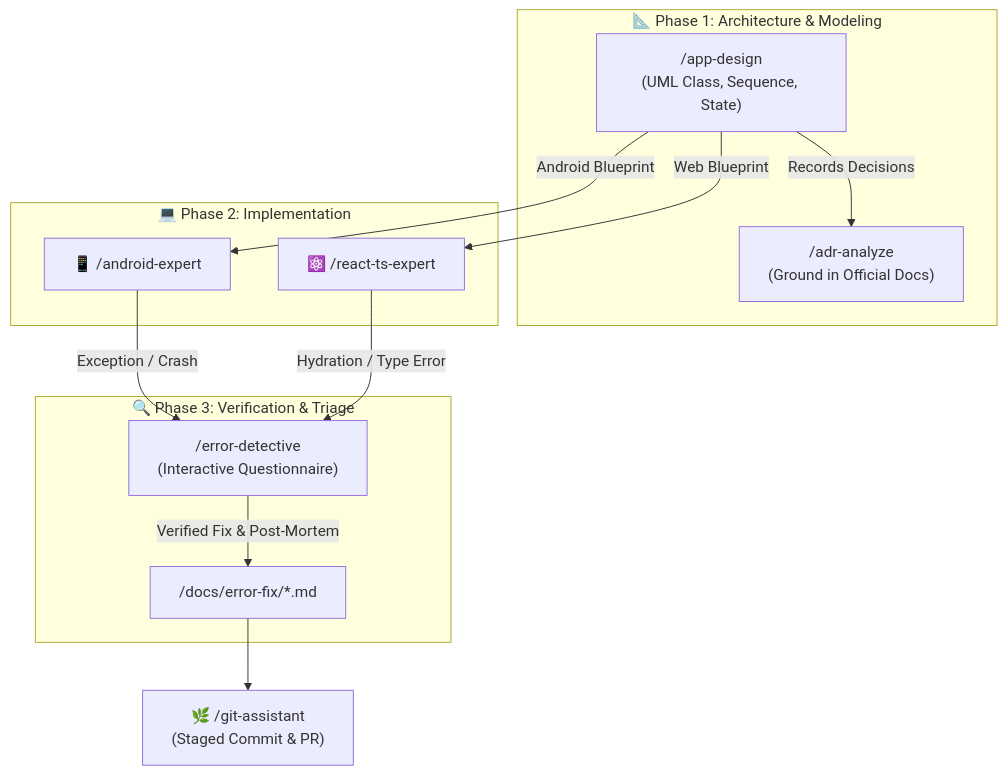
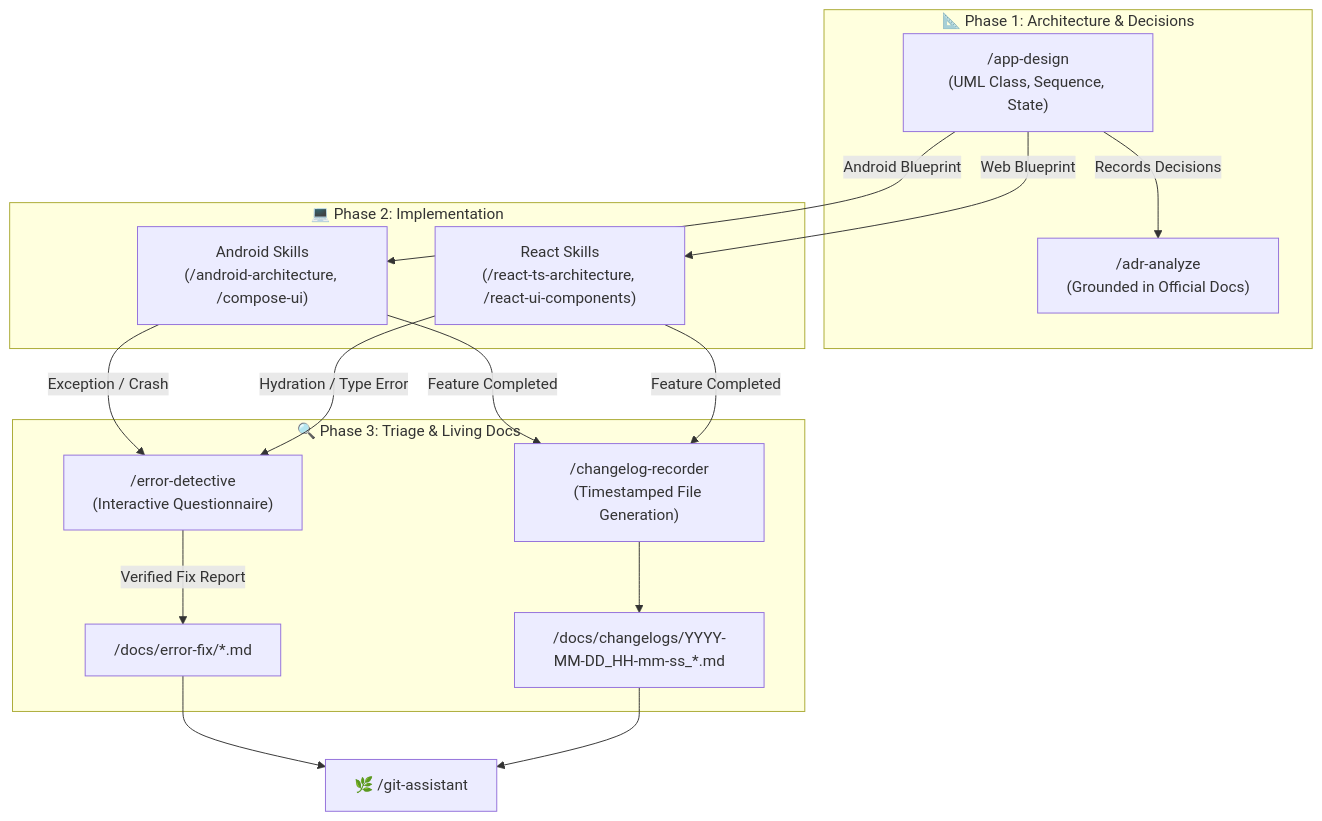
Before and after one commit to RidhwanAF/AI-Agent-Skills: the diagram in diagnostic-skills/README.md, drawn with Mermaid. The commit also changed other lines of this file and 21 other files, not shown here.

Commit message:
feat(modular): decompose Android and React skills, add Windows support, changelog recorder, and KMP pure domain standards

````diff
--- a/diagnostic-skills/README.md
+++ b/diagnostic-skills/README.md
@@ -31,24 +32,29 @@
 ```mermaid
 flowchart TD
-    subgraph DesignPhase ["📐 Phase 1: Architecture & Modeling"]
+    subgraph DesignPhase ["📐 Phase 1: Architecture & Decisions"]
         AD["/app-design<br/>(UML Class, Sequence, State)"]
-        ADR["/adr-analyze<br/>(Ground in Official Docs)"]
+        ADR["/adr-analyze<br/>(Grounded in Official Docs)"]
         AD -->|Records Decisions| ADR
     end
 
     subgraph BuildPhase ["💻 Phase 2: Implementation"]
-        AE["📱 /android-expert"]
-        RE["⚛️ /react-ts-expert"]
-        AD -->|Android Blueprint| AE
-        AD -->|Web Blueprint| RE
+        Android["Android Skills<br/>(/android-architecture, /compose-ui)"]
+        Web["React Skills<br/>(/react-ts-architecture, /react-ui-components)"]
+        AD -->|Android Blueprint| Android
+        AD -->|Web Blueprint| Web
     end
 
-    subgraph Diagnostics ["🔍 Phase 3: Verification & Triage"]
+    subgraph DiagnosticsAndDocs ["🔍 Phase 3: Triage & Living Docs"]
         ED["/error-detective<br/>(Interactive Questionnaire)"]
-        AE -->|Exception / Crash| ED
-        RE -->|Hydration / Type Error| ED
-        ED -->|Verified Fix & Post-Mortem| FixReport["/docs/error-fix/*.md"]
+        CR["/changelog-recorder<br/>(Timestamped File Generation)"]
+        Android -->|Exception / Crash| ED
+        Web -->|Hydration / Type Error| ED
+        ED -->|Verified Fix Report| FixDoc["/docs/error-fix/*.md"]
+        Android -->|Feature Completed| CR
+        Web -->|Feature Completed| CR
+        CR --> ChangeDoc["/docs/changelogs/YYYY-MM-DD_HH-mm-ss_*.md"]
     end
 
-    FixReport --> GA["🌿 /git-assistant<br/>(Staged Commit & PR)"]
+    FixDoc --> GA["🌿 /git-assistant"]
+    ChangeDoc --> GA
 ```
````
